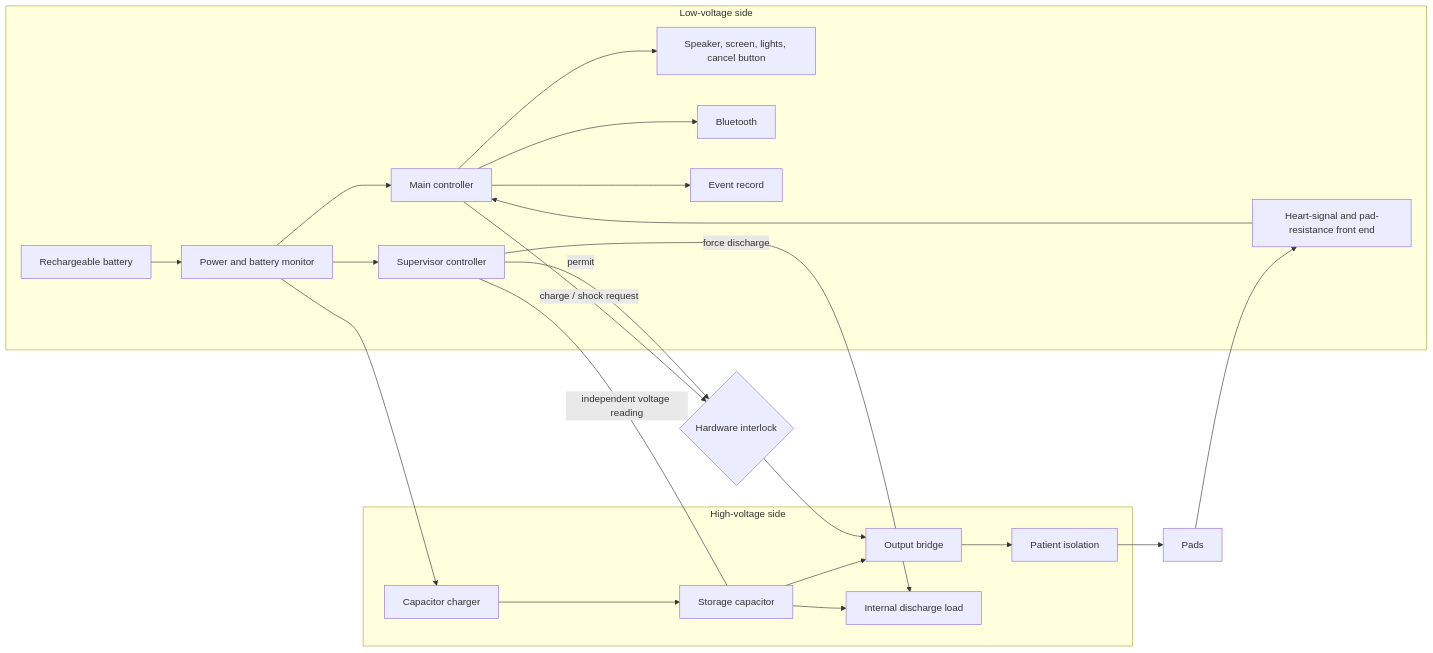
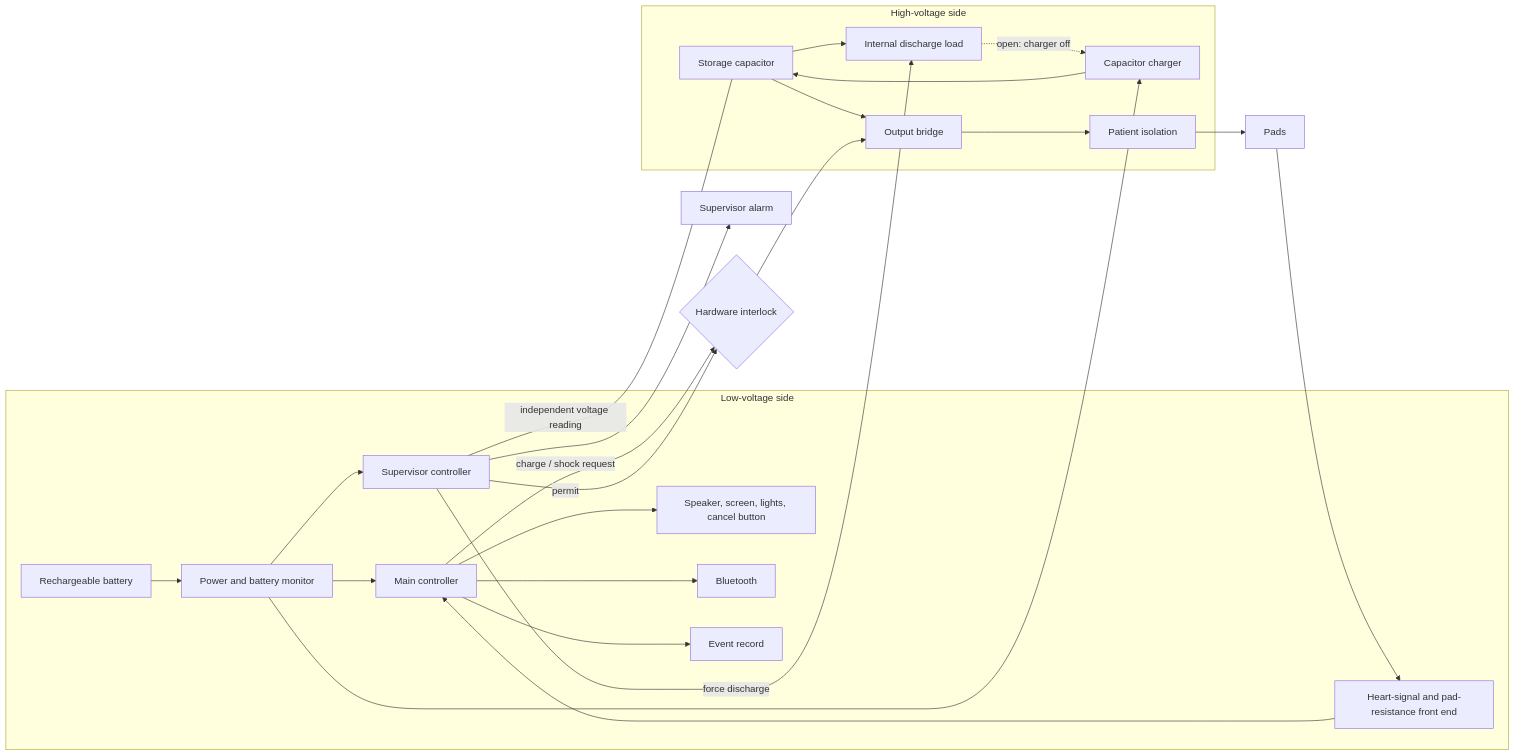
The first of 2 diagrams in docs/ARCHITECTURE.md (holdTheDoorHoid/open-aed), drawn with Mermaid before and after one commit. The commit also changed other lines of this file and 29 other files, not shown here.

````diff
--- a/docs/ARCHITECTURE.md
+++ b/docs/ARCHITECTURE.md
@@ -9,26 +9,28 @@
 ```mermaid
 flowchart LR
     subgraph LV["Low-voltage side"]
         BAT[Rechargeable battery] --> PWR[Power and battery monitor]
         PWR --> MAIN[Main controller]
         PWR --> SUP[Supervisor controller]
         ECG[Heart-signal and pad-resistance front end] --> MAIN
         MAIN --> UI[Speaker, screen, lights, cancel button]
         MAIN --> BLE[Bluetooth]
         MAIN --> LOG[Event record]
     end
     subgraph HV["High-voltage side"]
         CHG[Capacitor charger] --> CAP[Storage capacitor]
         CAP --> BRIDGE[Output bridge]
         CAP --> DUMP[Internal discharge load]
         BRIDGE --> RELAY[Patient isolation]
     end
     PWR --> CHG
     MAIN -- "charge / shock request" --> GATE{Hardware interlock}
     SUP -- "permit" --> GATE
     GATE --> BRIDGE
     SUP -- "independent voltage reading" --- CAP
     SUP -- "force discharge" --> DUMP
+    SUP --> ALARM[Supervisor alarm]
+    DUMP -. "open: charger off" .-> CHG
     RELAY --> PADS[Pads]
     PADS --> ECG
 ```
````
